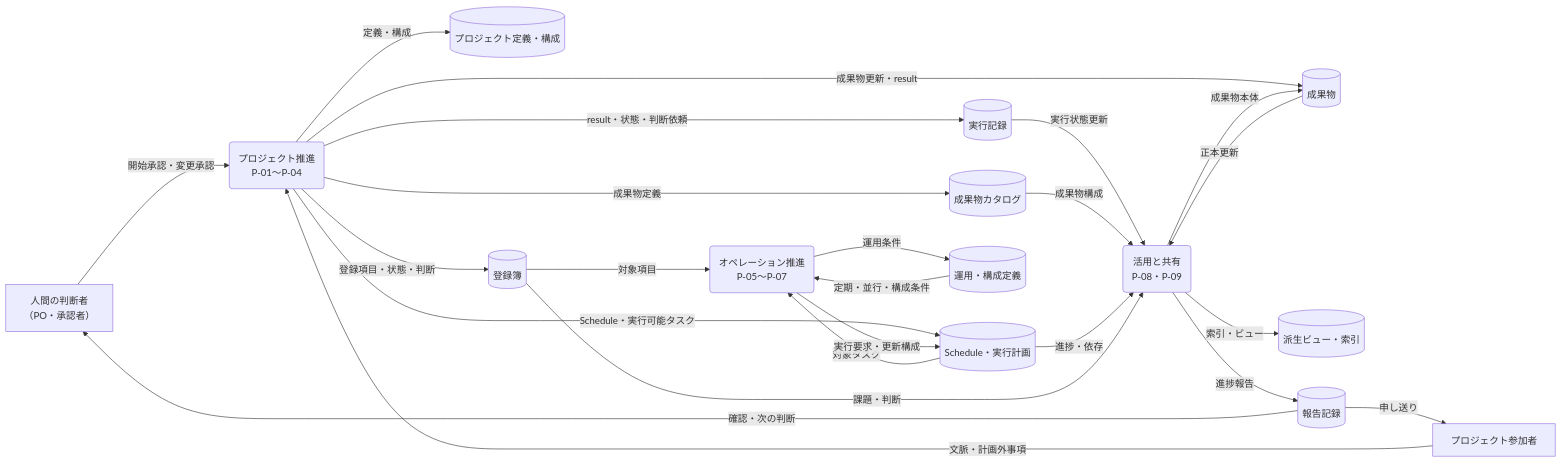
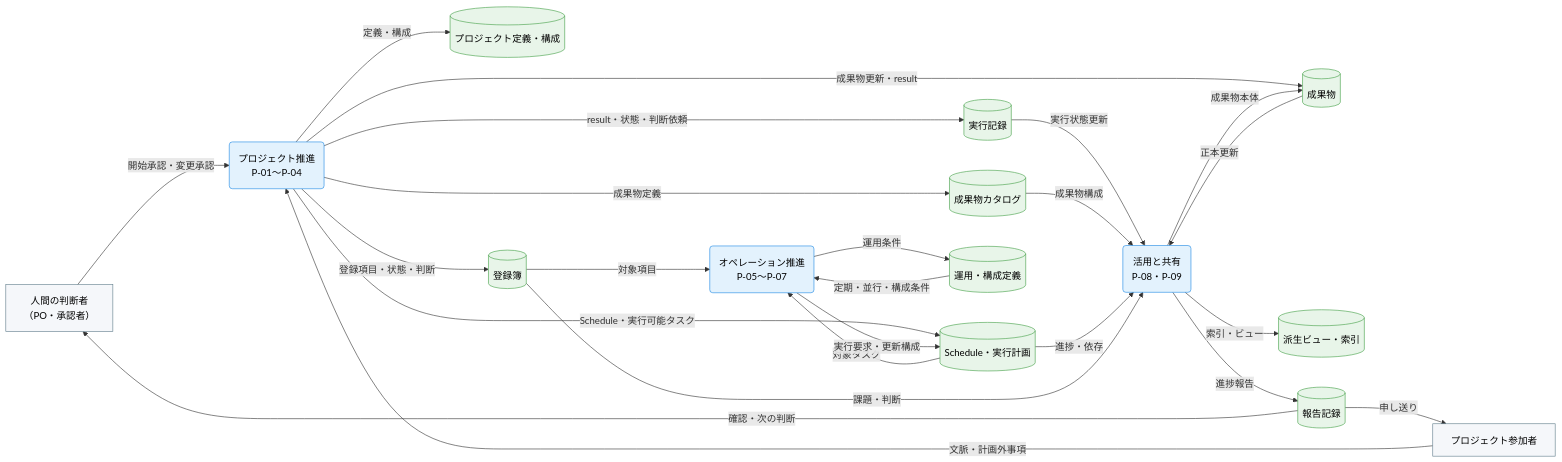
The diagram in docs/ja/product/010-business-specs/010-data-flow/cdfd-overview.md (specdojo/specdojo), drawn with Mermaid before and after one commit. The commit also changed other lines of this file and 1 other file, not shown here.

Commit message:
docs(cdfd-mermaid): 概念大分類単位の色分けをrulebookで許可し概要図へ適用
IFD rulebookと同様の方針に合わせ、色・classDefを全面禁止する記法を
改め、プロセス／イベント／データストア／外部主体という概念の大分類
単位でのみclassDefによる色分けを許可した（ノード単位の色付けや
style個別指定は引き続き禁止）。cdfd-overview.mdの概念データフロー図に
process/store/actorのclassDefを適用し、プロセスグループと外部主体を
色でも見分けやすくした。

Claude-Session: https://claude.ai/code/session_01Ve5gB3kQ76JatBmKW6hWgv

````diff
--- a/docs/ja/product/010-business-specs/010-data-flow/cdfd-overview.md
+++ b/docs/ja/product/010-business-specs/010-data-flow/cdfd-overview.md
@@ -40,45 +40,53 @@
 ```mermaid
 flowchart LR
+  classDef process fill:#e3f2fd,stroke:#1e88e5,color:#000
+  classDef store fill:#e8f5e9,stroke:#43a047,color:#000
+  classDef actor fill:#f5f7fa,stroke:#607d8b,color:#000
+
   人間判断者["人間の判断者<br>（PO・承認者）"]
   プロジェクト参加者["プロジェクト参加者"]
 
   プロジェクト推進("プロジェクト推進<br>P-01〜P-04")
   オペレーション推進("オペレーション推進<br>P-05〜P-07")
   活用と共有("活用と共有<br>P-08・P-09")
 
   プロジェクト定義[("プロジェクト定義・構成")]
   登録簿[("登録簿")]
   成果物カタログ[("成果物カタログ")]
   実行計画[("Schedule・実行計画")]
   成果物[("成果物")]
   実行記録[("実行記録")]
   運用構成定義[("運用・構成定義")]
   派生ビュー[("派生ビュー・索引")]
   報告記録[("報告記録")]
 
   人間判断者 -->|"開始承認・変更承認"| プロジェクト推進
   プロジェクト参加者 -->|"文脈・計画外事項"| プロジェクト推進
   プロジェクト推進 -->|"定義・構成"| プロジェクト定義
   プロジェクト推進 -->|"登録項目・状態・判断"| 登録簿
   プロジェクト推進 -->|"成果物定義"| 成果物カタログ
   プロジェクト推進 -->|"Schedule・実行可能タスク"| 実行計画
   プロジェクト推進 -->|"成果物更新・result"| 成果物
   プロジェクト推進 -->|"result・状態・判断依頼"| 実行記録
 
   運用構成定義 -->|"定期・並行・構成条件"| オペレーション推進
   実行計画 -->|"対象タスク"| オペレーション推進
   登録簿 -->|"対象項目"| オペレーション推進
   オペレーション推進 -->|"実行要求・更新構成"| 実行計画
   オペレーション推進 -->|"運用条件"| 運用構成定義
 
   成果物 -->|"正本更新"| 活用と共有
   実行記録 -->|"実行状態更新"| 活用と共有
   成果物カタログ -->|"成果物構成"| 活用と共有
   実行計画 -->|"進捗・依存"| 活用と共有
   登録簿 -->|"課題・判断"| 活用と共有
   活用と共有 -->|"成果物本体"| 成果物
   活用と共有 -->|"索引・ビュー"| 派生ビュー
   活用と共有 -->|"進捗報告"| 報告記録
   報告記録 -->|"確認・次の判断"| 人間判断者
   報告記録 -->|"申し送り"| プロジェクト参加者
+
+  class プロジェクト推進,オペレーション推進,活用と共有 process
+  class プロジェクト定義,登録簿,成果物カタログ,実行計画,成果物,実行記録,運用構成定義,派生ビュー,報告記録 store
+  class 人間判断者,プロジェクト参加者 actor
 ```
````
